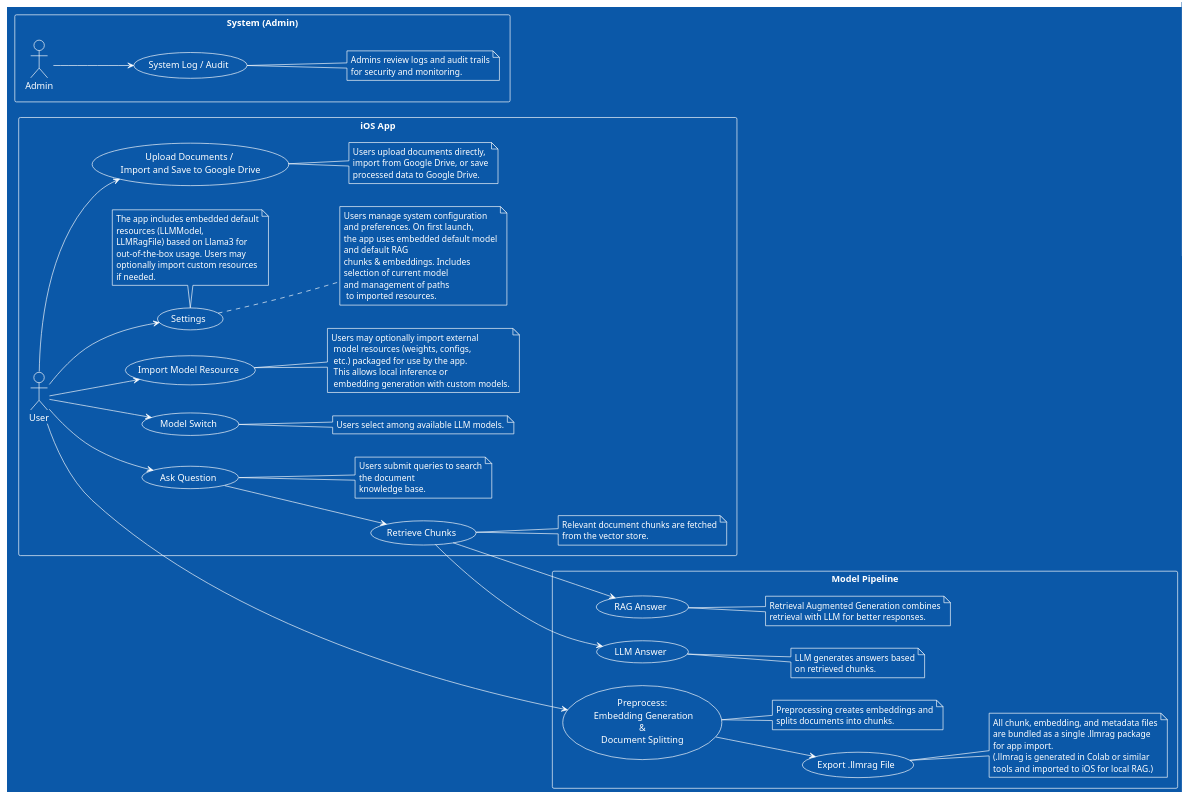
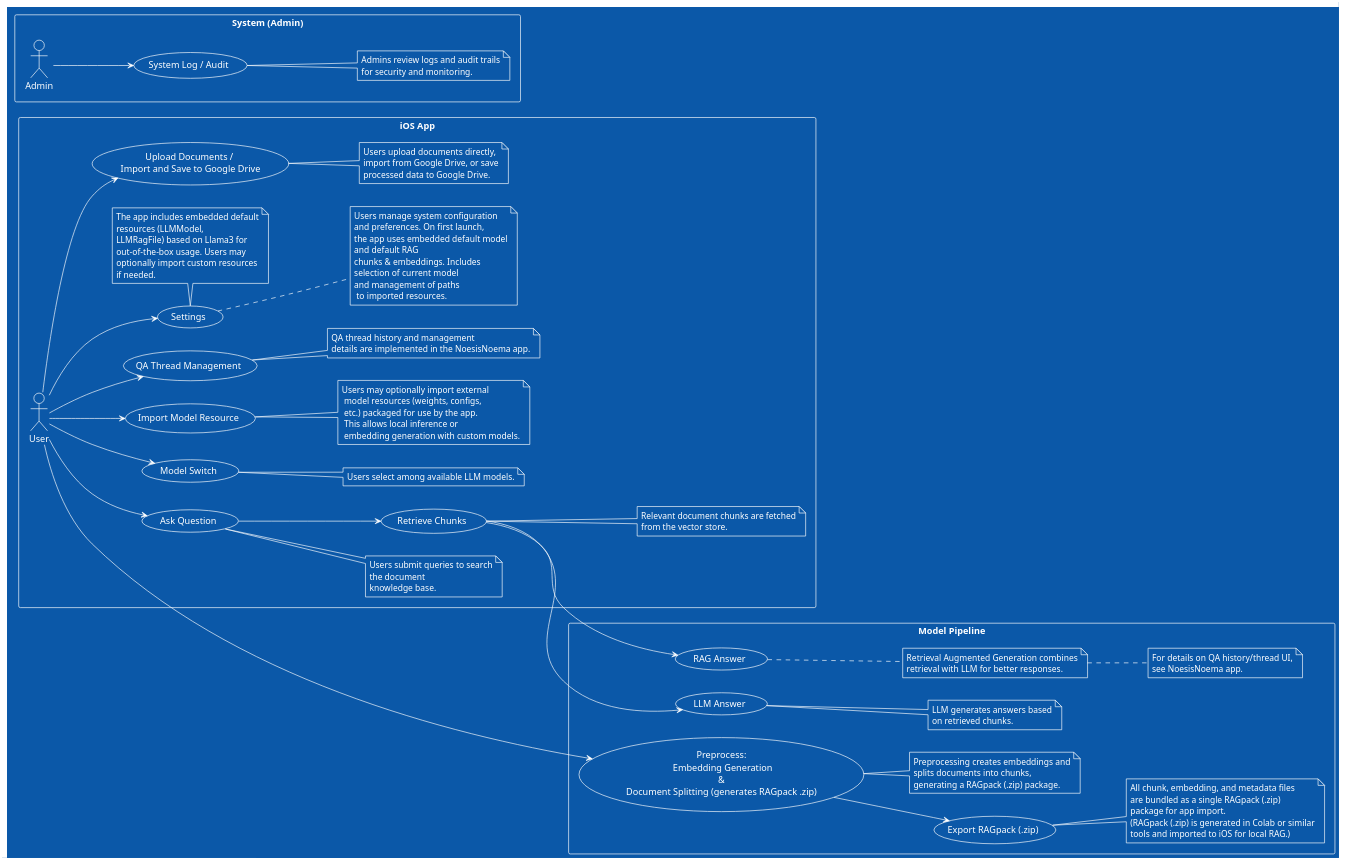
One commit to raskolnikoff/RAGfish changed the diagram in docs/uml/UseCaseDiagram.puml. Above: the diagram before and after it, drawn with PlantUML. The commit also changed 12 other files, not shown here.

Commit message:
fix: updated all ddocument and diagrams before public

```diff
--- a/docs/uml/UseCaseDiagram.puml
+++ b/docs/uml/UseCaseDiagram.puml
@@ -1,162 +1,175 @@
 @startuml
 'https://plantuml.com/use-case-diagram
 '!theme bluegray
 'skinparam defaultFontName "Arial"
 'skinparam defaultFontSize 13
 'skinparam usecase {
 ''  BackgroundColor #FFFAFA
 '  BorderColor #198754
 '  BorderThickness 2
 '  RoundCorner 15
 '}
 
 !theme amiga
 
 'actor actor
 'actor/ "actor/"
 'agent agent
 'artifact artifact
 'boundary boundary
 'card card
 'circle circle
 'cloud cloud
 'collections collections
 'component component
 'control control
 'database database
 'entity entity
 'file file
 'folder folder
 'frame frame
 'hexagon hexagon
 'interface interface
 'label label
 'node node
 'package package
 'person person
 'queue queue
 'rectangle rectangle
 'stack stack
 'storage storage
 'usecase usecase
 'usecase/ "usecase/"
 
 left to right direction
 'top to bottom direction
 skinparam svgLinkTarget _blank
 scale 1
 
 
 rectangle "iOS App" {
   actor User
   usecase "Upload Documents / \nImport and Save to Google Drive" as UC1
   usecase "Ask Question"
   usecase "Model Switch"
   usecase "Settings"
   usecase "Retrieve Chunks"
   usecase "Import Model Resource"
+  usecase "QA Thread Management"
 
   note top of (Settings)
     The app includes embedded default
     resources (LLMModel,
     LLMRagFile) based on Llama3 for
     out-of-the-box usage. Users may
     optionally import custom resources
     if needed.
   end note
 
   note right of UC1
     Users upload documents directly,
     import from Google Drive, or save
     processed data to Google Drive.
   end note
 
   note right of (Ask Question)
     Users submit queries to search
     the document
     knowledge base.
   end note
 
   note right of (Model Switch)
     Users select among available LLM models.
   end note
 
   note right of (Settings)
     Users manage system configuration
     and preferences. On first launch,
     the app uses embedded default model
     and default RAG
     chunks & embeddings. Includes
     selection of current model
     and management of paths
      to imported resources.
   end note
 
   note right of (Retrieve Chunks)
     Relevant document chunks are fetched
     from the vector store.
   end note
 
   note right of (Import Model Resource)
     Users may optionally import external
      model resources (weights, configs,
      etc.) packaged for use by the app.
      This allows local inference or
      embedding generation with custom models.
   end note
+
+  note right of (QA Thread Management)
+    QA thread history and management
+    details are implemented in the NoesisNoema app.
+  end note
 }
 
 rectangle "Model Pipeline" {
-  usecase "Preprocess:\n Embedding Generation\n & \nDocument Splitting" as UC2
-  usecase "Export .llmrag File" as UC3
+  usecase "Preprocess:\n Embedding Generation\n & \nDocument Splitting (generates RAGpack .zip)" as UC2
+  usecase "Export RAGpack (.zip)" as UC3
   usecase "LLM Answer"
   usecase "RAG Answer"
 
   note right of UC2
     Preprocessing creates embeddings and
-    splits documents into chunks.
+    splits documents into chunks,
+    generating a RAGpack (.zip) package.
   end note
 
   note right of UC3
     All chunk, embedding, and metadata files
-    are bundled as a single .llmrag package
-    for app import.
-    (.llmrag is generated in Colab or similar
+    are bundled as a single RAGpack (.zip)
+    package for app import.
+    (RAGpack (.zip) is generated in Colab or similar
     tools and imported to iOS for local RAG.)
   end note
 
   note right of (LLM Answer)
     LLM generates answers based
     on retrieved chunks.
   end note
 
   note right of (RAG Answer)
     Retrieval Augmented Generation combines
     retrieval with LLM for better responses.
+  end note
+
+  note right
+    For details on QA history/thread UI,
+    see NoesisNoema app.
   end note
 }
 
 rectangle "System (Admin)" {
   actor Admin
   usecase "System Log / Audit"
 
   note right of (System Log / Audit)
     Admins review logs and audit trails
     for security and monitoring.
   end note
 }
 
 User --> UC1
 User --> UC2
 UC2 --> UC3
 User --> (Ask Question)
 (Ask Question) --> (Retrieve Chunks)
 (Retrieve Chunks) --> (LLM Answer)
 (Retrieve Chunks) --> (RAG Answer)
 User --> (Model Switch)
 User --> (Settings)
 User --> (Import Model Resource)
+User --> (QA Thread Management)
 
 Admin --> (System Log / Audit)
 
 @enduml
```
